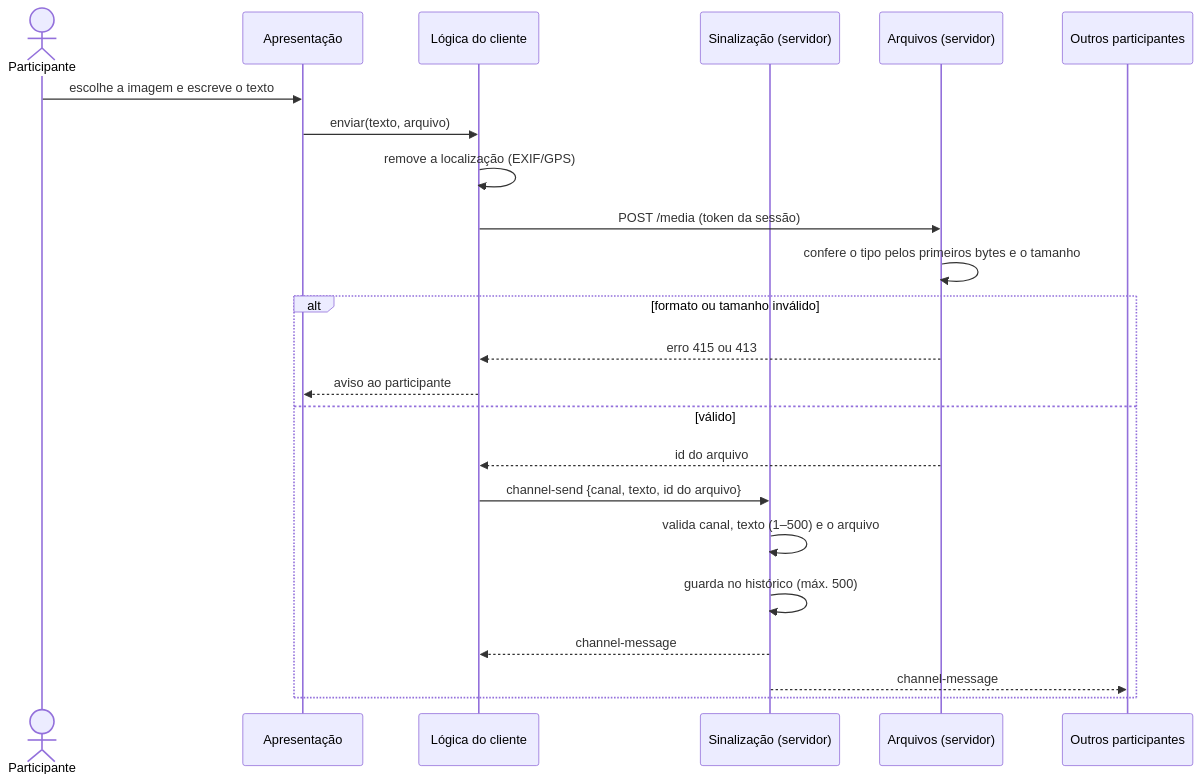
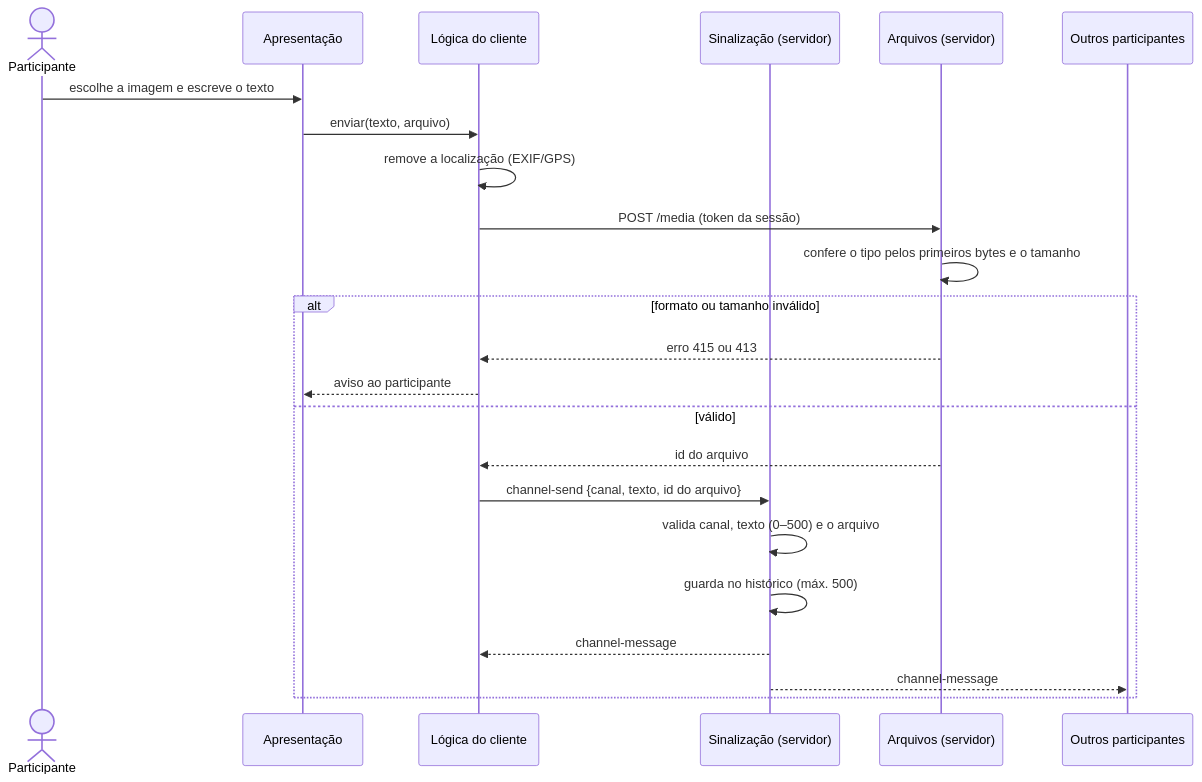
One commit to TyxMatty/Jay-C-apresentacao changed the fourth of 8 diagrams in 07-entrega-final/dossie.md. Above: the diagram before and after it, drawn with Mermaid. The commit also changed other lines of this file and 2 other files, not shown here.

````diff
--- a/07-entrega-final/dossie.md
+++ b/07-entrega-final/dossie.md
@@ -491,25 +503,25 @@
 ```mermaid
 sequenceDiagram
   actor P as Participante
   participant UI as Apresentação
   participant C as Lógica do cliente
   participant S as Sinalização (servidor)
   participant M as Arquivos (servidor)
   participant O as Outros participantes
   P->>UI: escolhe a imagem e escreve o texto
   UI->>C: enviar(texto, arquivo)
   C->>C: remove a localização (EXIF/GPS)
   C->>M: POST /media (token da sessão)
   M->>M: confere o tipo pelos primeiros bytes e o tamanho
   alt formato ou tamanho inválido
     M-->>C: erro 415 ou 413
     C-->>UI: aviso ao participante
   else válido
     M-->>C: id do arquivo
     C->>S: channel-send {canal, texto, id do arquivo}
-    S->>S: valida canal, texto (1–500) e o arquivo
+    S->>S: valida canal, texto (0–500) e o arquivo
     S->>S: guarda no histórico (máx. 500)
     S-->>C: channel-message
     S-->>O: channel-message
   end
 ```
````
